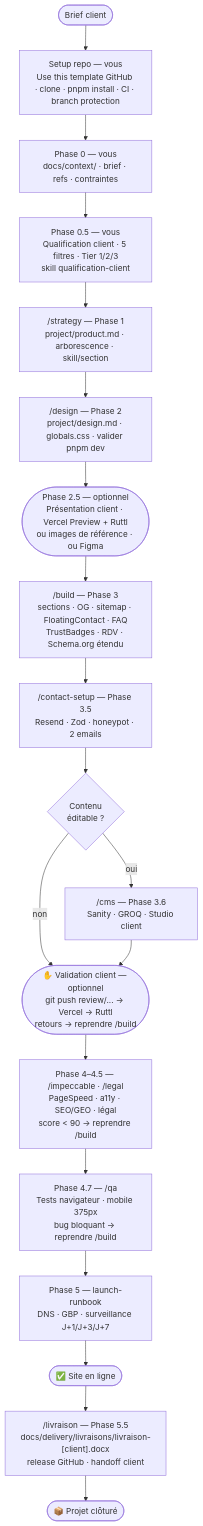
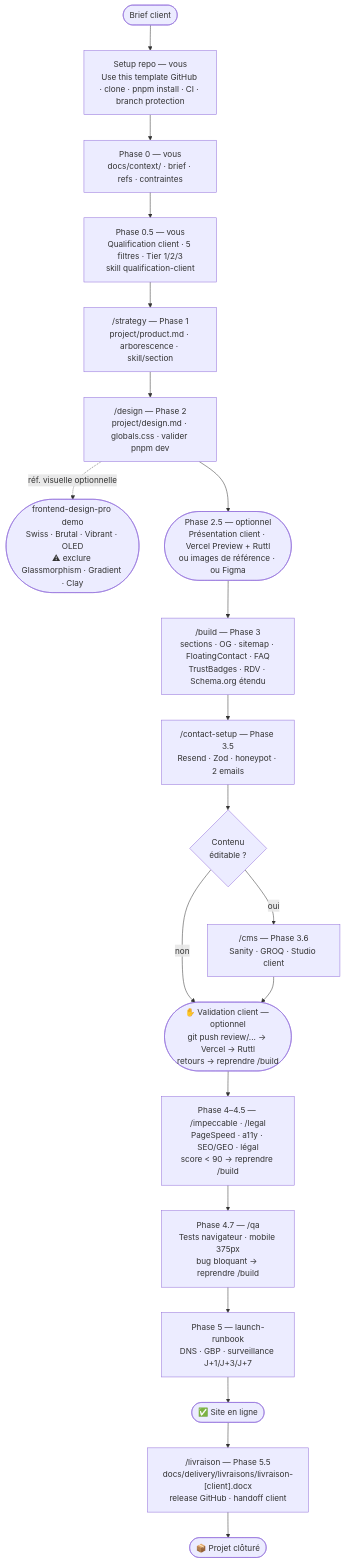
The diagram in docs/workflow.md (MobemSolutions/mobem-starter-kit), drawn with Mermaid before and after one commit. The commit also changed other lines of this file and 1 other file, not shown here.

````diff
--- a/docs/workflow.md
+++ b/docs/workflow.md
@@ -9,49 +9,51 @@
 ```mermaid
 flowchart TD
     A([Brief client]) --> SETUP
 
     SETUP["Setup repo — vous<br/>Use this template GitHub · clone · pnpm install · CI · branch protection"]
     SETUP --> B
 
     B["Phase 0 — vous<br/>docs/context/ · brief · refs · contraintes"]
     B --> C0
 
     C0["Phase 0.5 — vous<br/>Qualification client · 5 filtres · Tier 1/2/3<br/>skill qualification-client"]
     C0 --> C
 
     C["/strategy — Phase 1<br/>project/product.md · arborescence · skill/section"]
     C --> D
 
     D["/design — Phase 2<br/>project/design.md · globals.css · valider pnpm dev"]
+    D -. "réf. visuelle optionnelle" .-> FDPREF
+    FDPREF(["frontend-design-pro demo<br/>Swiss · Brutal · Vibrant · OLED<br/>⚠ exclure Glassmorphism · Gradient · Clay"])
     D --> VALIDA
 
     VALIDA(["Phase 2.5 — optionnel<br/>Présentation client · Vercel Preview + Ruttl<br/>ou images de référence · ou Figma"])
     VALIDA --> E
 
     E["/build — Phase 3<br/>sections · OG · sitemap · FloatingContact · FAQ<br/>TrustBadges · RDV · Schema.org étendu"]
     E --> F
 
     F["/contact-setup — Phase 3.5<br/>Resend · Zod · honeypot · 2 emails"]
     F --> CMSQ
 
     CMSQ{"Contenu<br/>éditable ?"}
     CMSQ -->|non| G
     CMSQ -->|oui| CMS
 
     CMS["/cms — Phase 3.6<br/>Sanity · GROQ · Studio client"]
     CMS --> G
 
     G(["✋ Validation client — optionnel<br/>git push review/... → Vercel → Ruttl<br/>retours → reprendre /build"])
     G --> H
 
     H["Phase 4–4.5 — /impeccable · /legal<br/>PageSpeed · a11y · SEO/GEO · légal<br/>score < 90 → reprendre /build"]
     H --> QA
 
     QA["Phase 4.7 — /qa<br/>Tests navigateur · mobile 375px<br/>bug bloquant → reprendre /build"]
     QA --> I
 
     I["Phase 5 — launch-runbook<br/>DNS · GBP · surveillance J+1/J+3/J+7"]
     I --> J([✅ Site en ligne])
     J --> K["/livraison — Phase 5.5<br/>docs/delivery/livraisons/livraison-[client].docx<br/>release GitHub · handoff client"]
     K --> L([📦 Projet clôturé])
 ```
````
